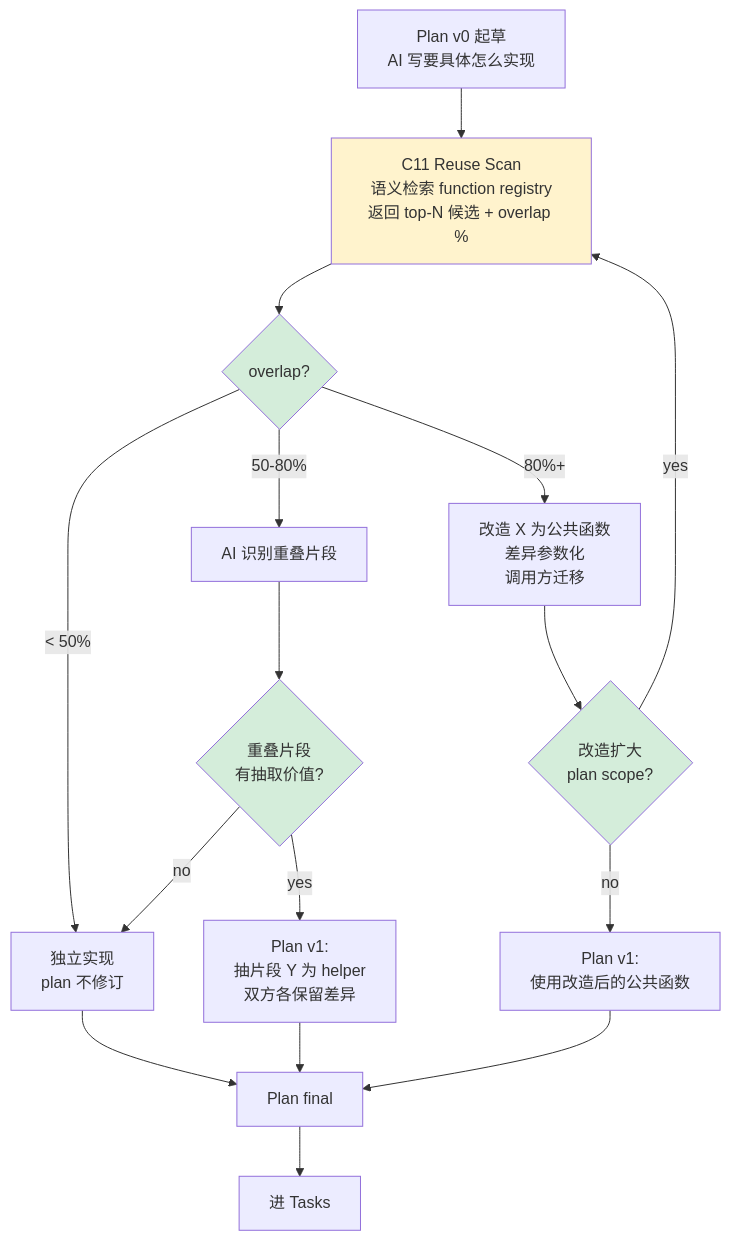
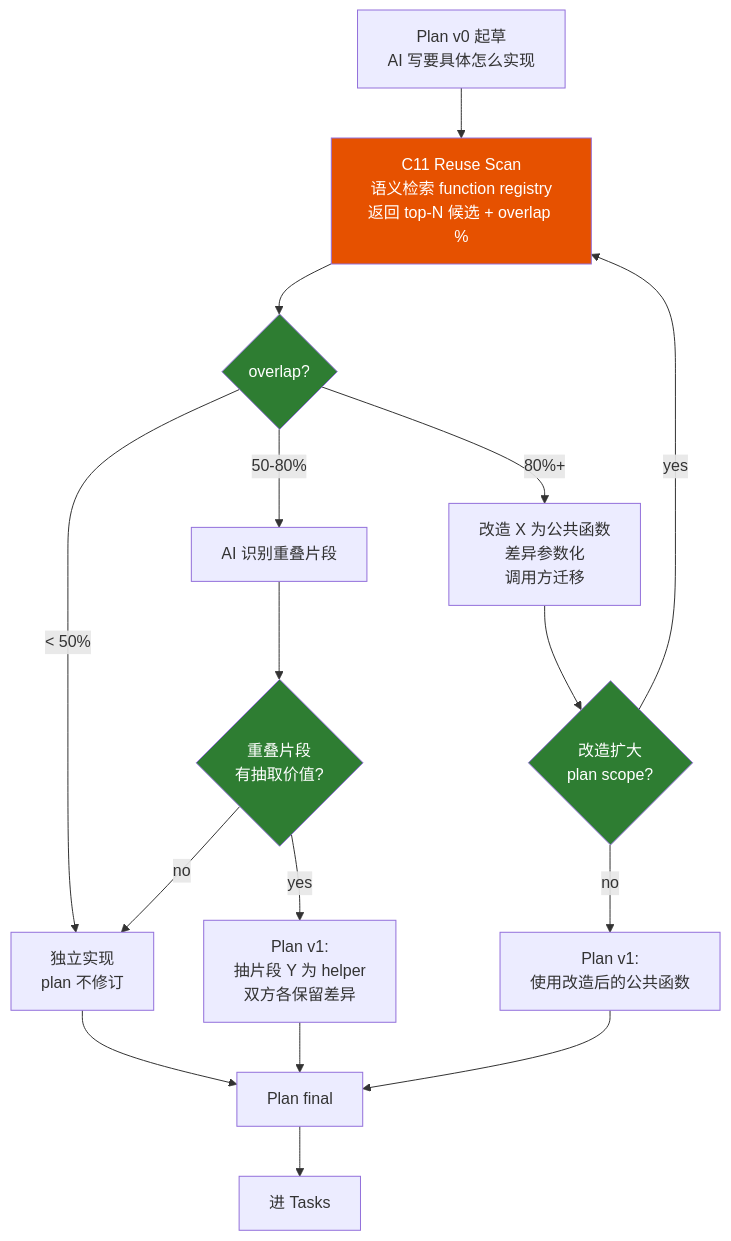
Before and after one commit to chinaszzt/suiyin-v4: the third of 11 diagrams in docs/sdd/diagrams.md, drawn with Mermaid. The commit also changed other lines of this file, not shown here.

First line of the commit message:
docs: diagrams.md 颜色改为高对比深色 + 白字

````diff
--- a/docs/sdd/diagrams.md
+++ b/docs/sdd/diagrams.md
@@ -76,27 +76,27 @@
 ```mermaid
 flowchart TD
     A[Plan v0 起草<br/>AI 写要具体怎么实现] --> B[C11 Reuse Scan<br/>语义检索 function registry<br/>返回 top-N 候选 + overlap %]
     B --> C{overlap?}
     
     C -->|< 50%| D[独立实现<br/>plan 不修订]
     
     C -->|50-80%| E[AI 识别重叠片段]
     E --> F{重叠片段<br/>有抽取价值?}
     F -->|yes| G[Plan v1:<br/>抽片段 Y 为 helper<br/>双方各保留差异]
     F -->|no| D
     
     C -->|80%+| H[改造 X 为公共函数<br/>差异参数化<br/>调用方迁移]
     H --> I{改造扩大<br/>plan scope?}
     I -->|yes| B
     I -->|no| J[Plan v1:<br/>使用改造后的公共函数]
     
     D --> K[Plan final]
     G --> K
     J --> K
     K --> L[进 Tasks]
     
-    style B fill:#fff3cd
-    style C fill:#d4edda
-    style F fill:#d4edda
-    style I fill:#d4edda
+    style B fill:#E65100,color:#fff
+    style C fill:#2E7D32,color:#fff
+    style F fill:#2E7D32,color:#fff
+    style I fill:#2E7D32,color:#fff
 ```
````
